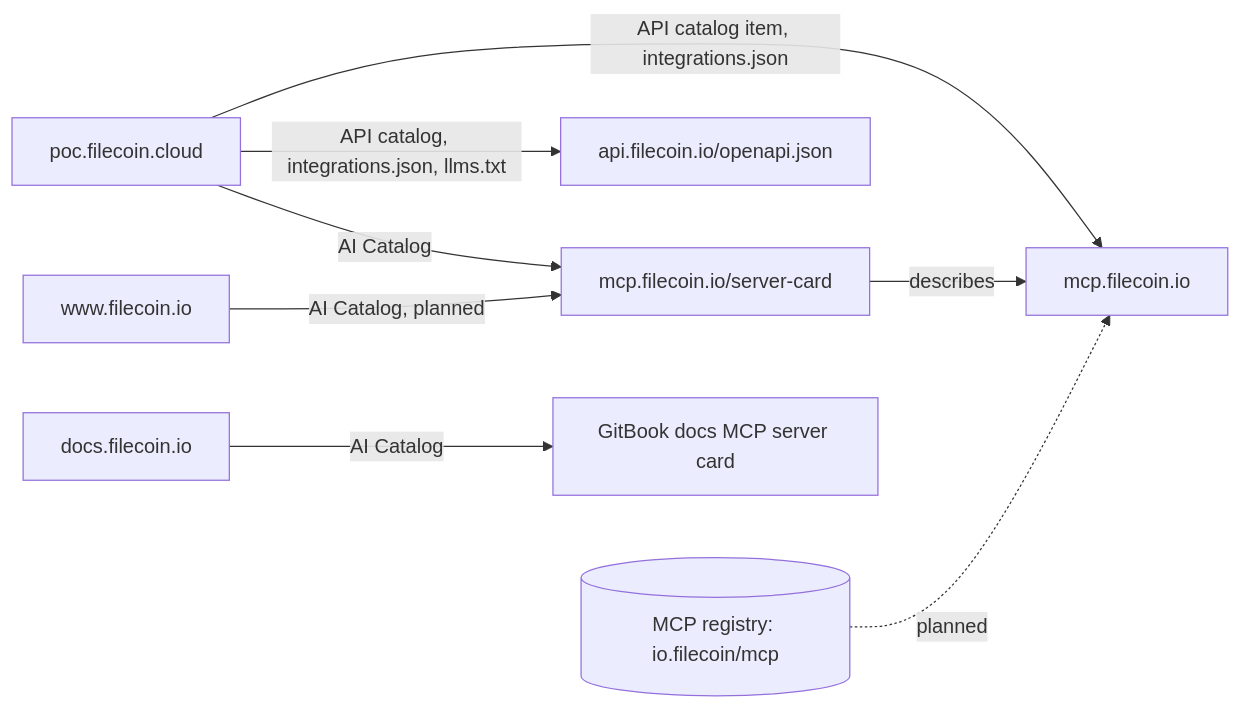
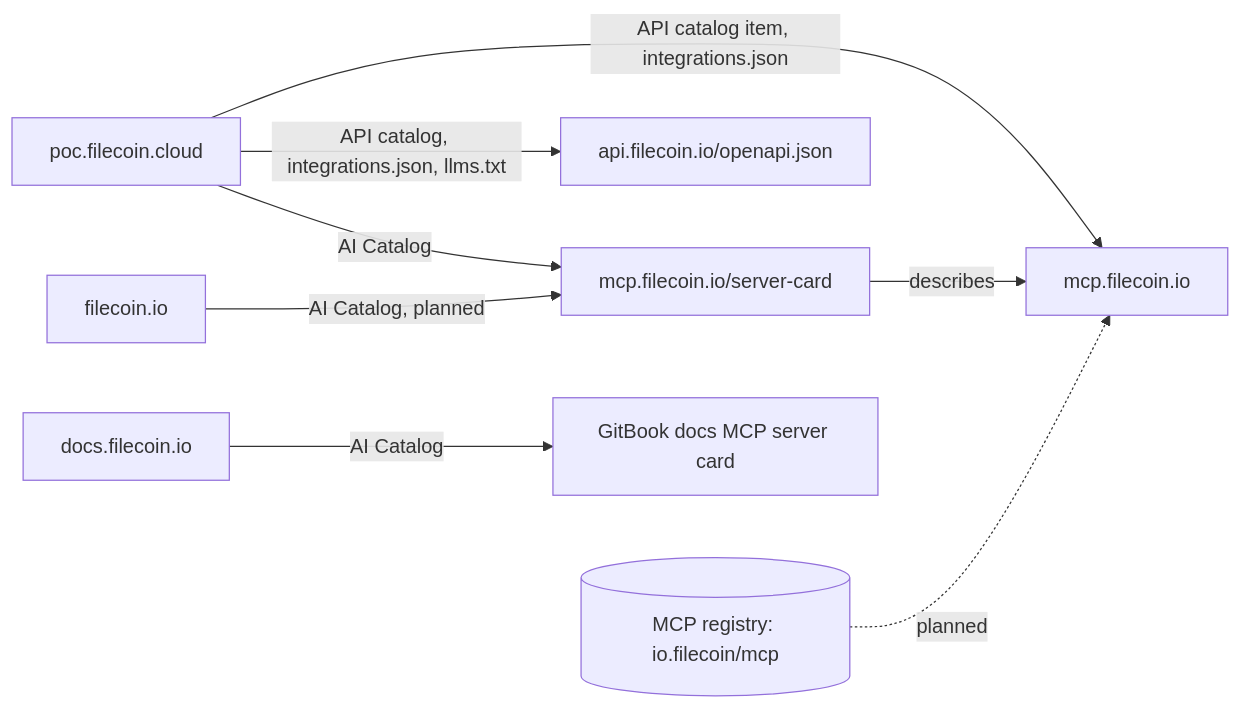
Before and after one commit to filecoin-project/agents: the diagram in docs/filecoin/agent-discovery.md, drawn with Mermaid. The commit also changed other lines of this file and 3 other files, not shown here.

````diff
--- a/docs/filecoin/agent-discovery.md
+++ b/docs/filecoin/agent-discovery.md
@@ -21,10 +21,10 @@
 ```mermaid
 flowchart LR
   poc[poc.filecoin.cloud] -- AI Catalog --> card[mcp.filecoin.io/server-card]
-  www[www.filecoin.io] -- AI Catalog, planned --> card
+  fio[filecoin.io] -- AI Catalog, planned --> card
   poc -- API catalog, integrations.json, llms.txt --> openapi[api.filecoin.io/openapi.json]
   poc -- API catalog item, integrations.json --> mcp[mcp.filecoin.io]
   card -- describes --> mcp
   registry[(MCP registry: io.filecoin/mcp)] -. planned .-> mcp
   docs[docs.filecoin.io] -- AI Catalog --> gitbook[GitBook docs MCP server card]
 ```
````
